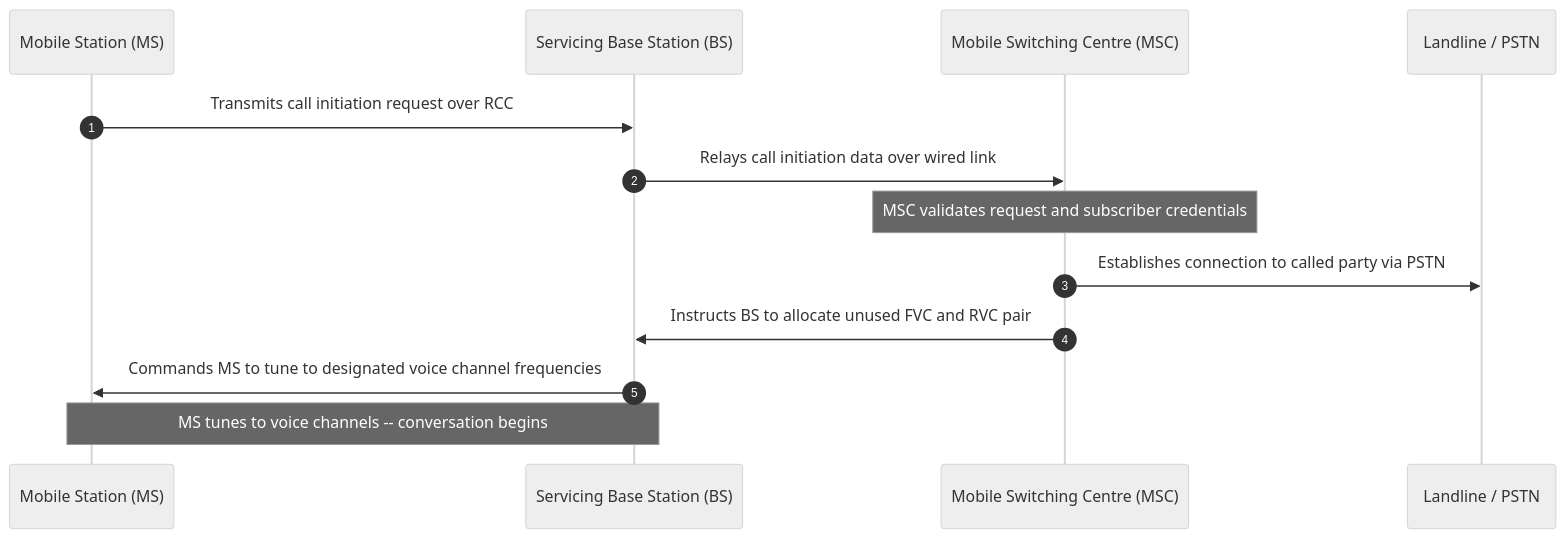
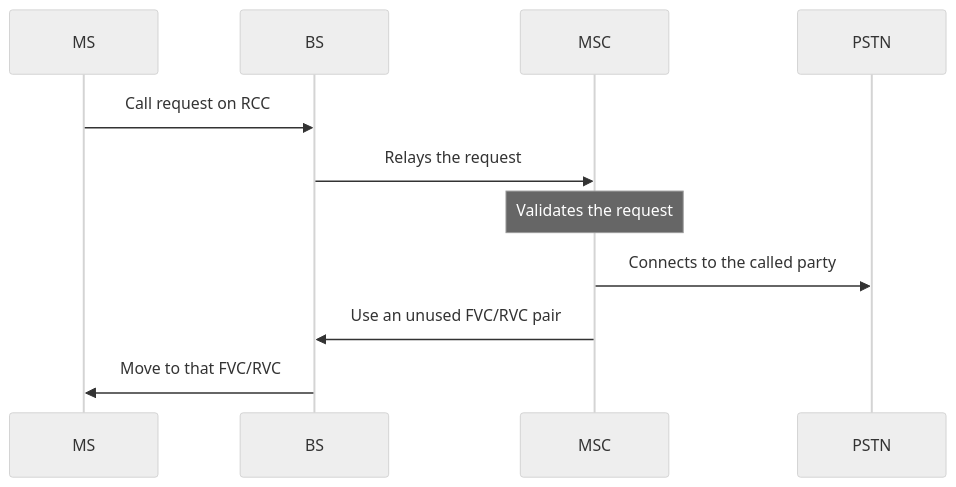
One commit to MithunDu404/LRNMetarials changed the first of 2 diagrams in academics/mpc/Cellular_Networks_Guide.md. Above: the diagram before and after it, drawn with Mermaid (neutral theme). The commit also changed other lines of this file and 18 other files, not shown here.

````diff
--- a/academics/mpc/Cellular_Networks_Guide.md
+++ b/academics/mpc/Cellular_Networks_Guide.md
@@ -134,16 +66,13 @@
 ```mermaid
 sequenceDiagram
-    autonumber
-    participant MS as Mobile Station (MS)
-    participant BS as Servicing Base Station (BS)
-    participant MSC as Mobile Switching Centre (MSC)
-    participant PSTN as Landline / PSTN
-
-    MS->>BS: Transmits call initiation request over RCC
-    BS->>MSC: Relays call initiation data over wired link
-    Note over MSC: MSC validates request and subscriber credentials
-    MSC->>PSTN: Establishes connection to called party via PSTN
-    MSC->>BS: Instructs BS to allocate unused FVC and RVC pair
-    BS->>MS: Commands MS to tune to designated voice channel frequencies
-    Note over MS,BS: MS tunes to voice channels -- conversation begins
+    participant MS
+    participant BS
+    participant MSC
+    participant PSTN
+    MS->>BS: Call request on RCC
+    BS->>MSC: Relays the request
+    Note over MSC: Validates the request
+    MSC->>PSTN: Connects to the called party
+    MSC->>BS: Use an unused FVC/RVC pair
+    BS->>MS: Move to that FVC/RVC
 ```
````
